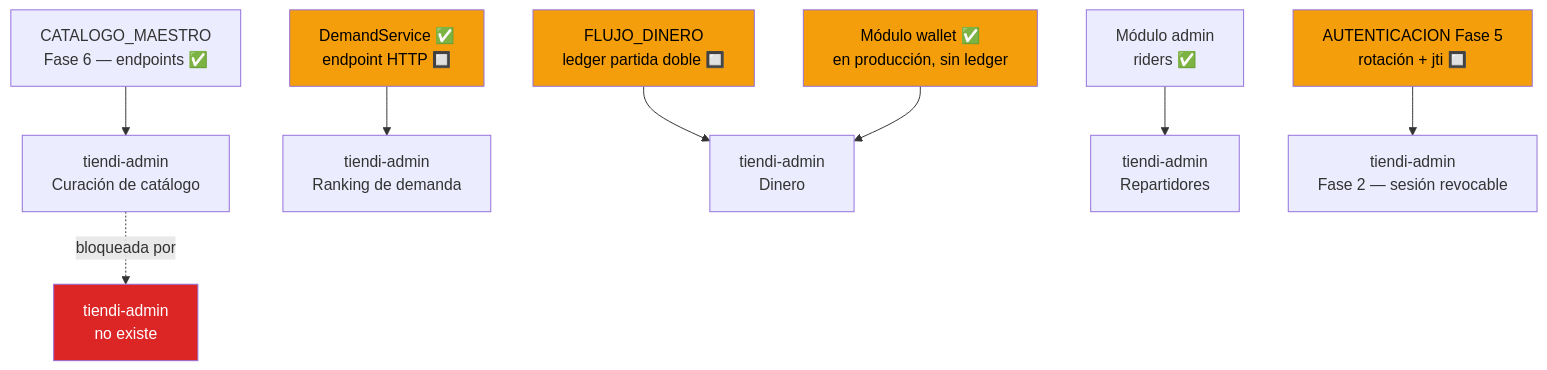
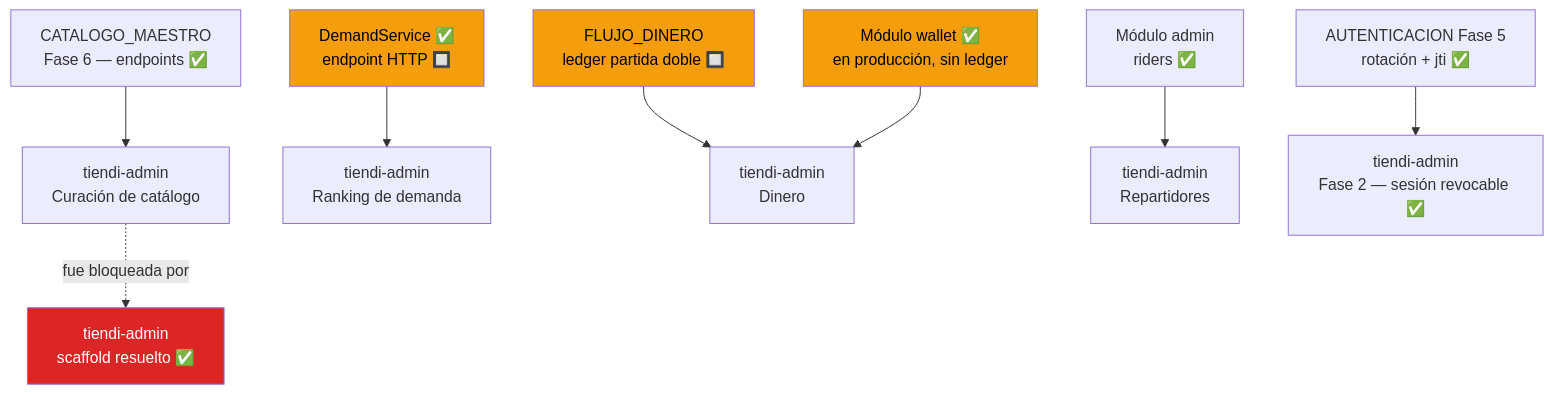
The eighth of 10 diagrams in DOCS/TIENDI_ADMIN.md (kanoso/ecommcerce-saas-sonet), drawn with Mermaid before and after one commit. The commit also changed other lines of this file, not shown here.

First line of the commit message:
docs(admin): sincronizar con la Fase 5 de AUTENTICACION y el paquete compartido

````diff
--- a/DOCS/TIENDI_ADMIN.md
+++ b/DOCS/TIENDI_ADMIN.md
@@ -431,17 +433,16 @@
 ```mermaid
 flowchart TD
     CAT["CATALOGO_MAESTRO<br/>Fase 6 — endpoints ✅"] --> AD["tiendi-admin<br/>Curación de catálogo"]
     DEM["DemandService ✅<br/>endpoint HTTP 🔲"] --> AD4["tiendi-admin<br/>Ranking de demanda"]
     FD["FLUJO_DINERO<br/>ledger partida doble 🔲"] --> AD2["tiendi-admin<br/>Dinero"]
     WAL["Módulo wallet ✅<br/>en producción, sin ledger"] --> AD2
     ADM["Módulo admin<br/>riders ✅"] --> AD3["tiendi-admin<br/>Repartidores"]
-    AUTH["AUTENTICACION Fase 5<br/>rotación + jti 🔲"] --> AD5["tiendi-admin<br/>Fase 2 — sesión revocable"]
+    AUTH["AUTENTICACION Fase 5<br/>rotación + jti ✅"] --> AD5["tiendi-admin<br/>Fase 2 — sesión revocable ✅"]
 
-    AD -.->|"bloqueada por"| ADM2["tiendi-admin<br/>no existe"]
+    AD -.->|"fue bloqueada por"| ADM2["tiendi-admin<br/>scaffold resuelto ✅"]
 
     style ADM2 fill:#dc2626,color:#fff
     style FD fill:#f59e0b,color:#000
     style DEM fill:#f59e0b,color:#000
     style WAL fill:#f59e0b,color:#000
-    style AUTH fill:#f59e0b,color:#000
 ```
````
